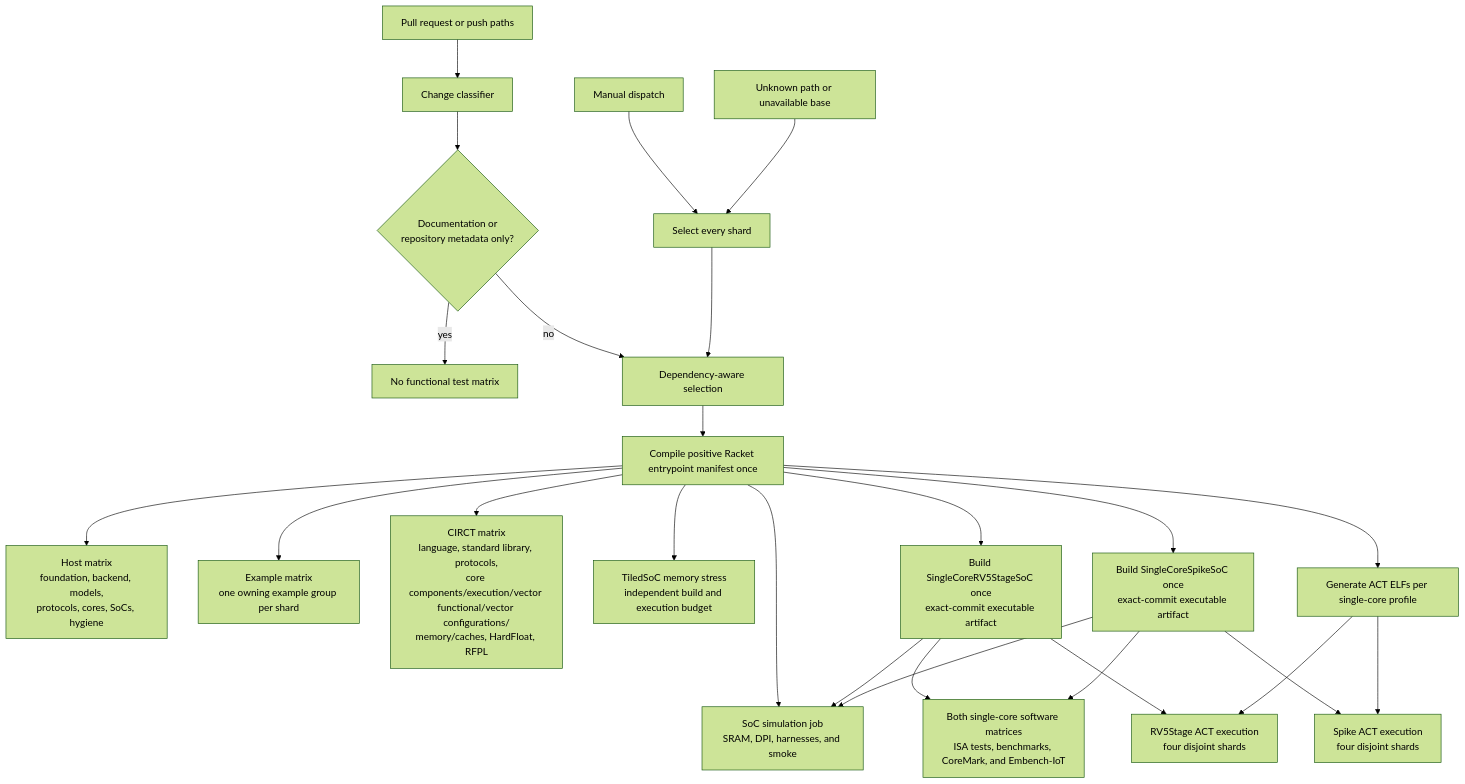
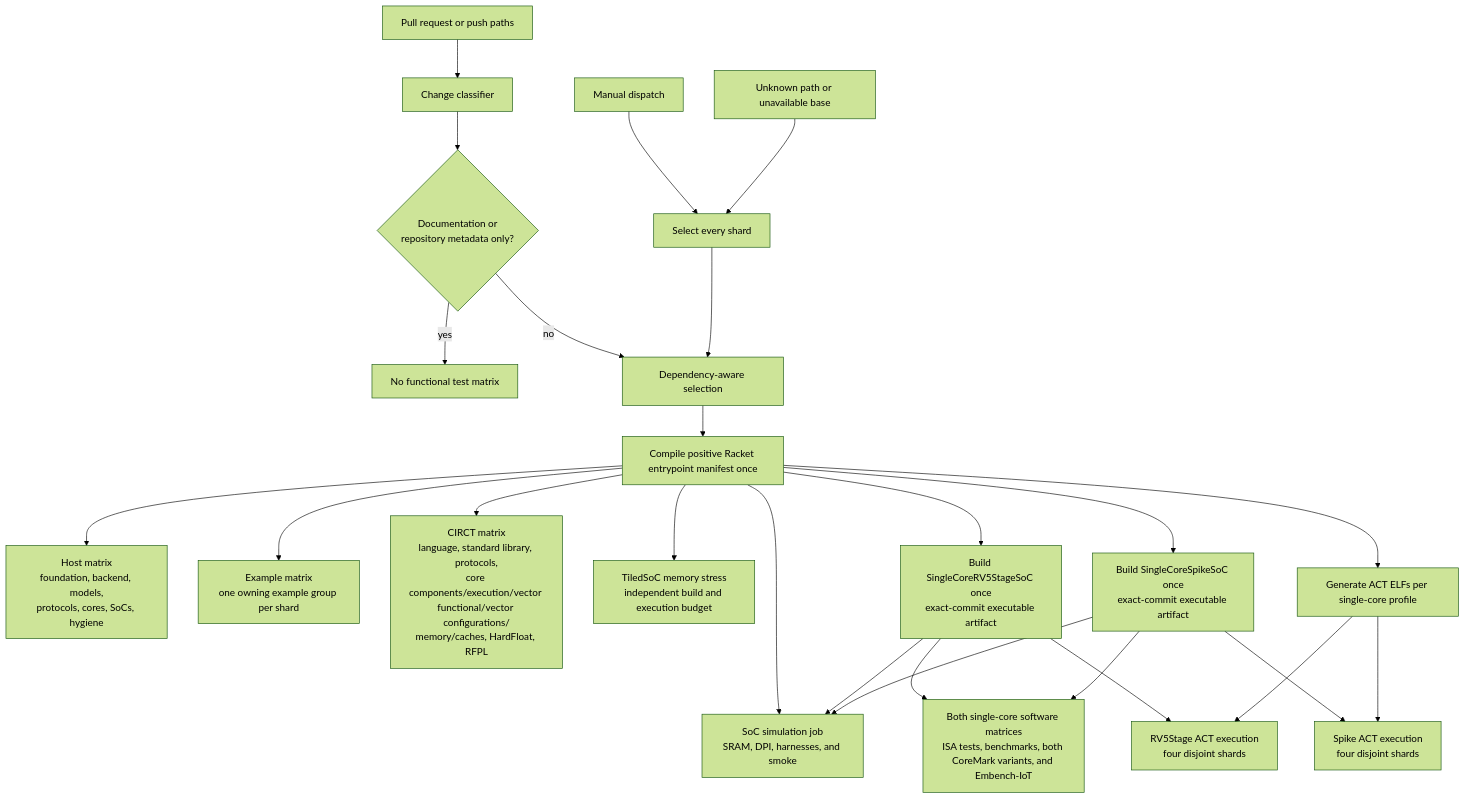
One commit to jerryz123/rhodium changed the diagram in tools/testing/DEVELOPING.md. Above: the diagram before and after it, drawn with Mermaid (forest theme). The commit also changed other lines of this file and 8 other files, not shown here.

````diff
--- a/tools/testing/DEVELOPING.md
+++ b/tools/testing/DEVELOPING.md
@@ -87,27 +87,27 @@
 ```mermaid
 flowchart TD
     Changes["Pull request or push paths"] --> Classifier["Change classifier"]
     Manual["Manual dispatch"] --> All["Select every shard"]
     Unknown["Unknown path or unavailable base"] --> All
     Classifier --> Docs{"Documentation or<br/>repository metadata only?"}
     Docs -->|yes| None["No functional test matrix"]
     Docs -->|no| Selected["Dependency-aware selection"]
     All --> Selected
     Selected --> Compile["Compile positive Racket entrypoint manifest once"]
     Compile --> Host["Host matrix<br/>foundation, backend, models,<br/>protocols, cores, SoCs, hygiene"]
     Compile --> Examples["Example matrix<br/>one owning example group per shard"]
     Compile --> CIRCT["CIRCT matrix<br/>language, standard library, protocols,<br/>core components/execution/vector functional/vector configurations/<br/>memory/caches, HardFloat, RFPL"]
     Compile --> Simulation["SoC simulation job<br/>SRAM, DPI, harnesses, and smoke"]
     Compile --> TiledMemory["TiledSoC memory stress<br/>independent build and execution budget"]
     Compile --> SimpleBuild["Build SingleCoreRV5StageSoC once<br/>exact-commit executable artifact"]
     Compile --> SpikeBuild["Build SingleCoreSpikeSoC once<br/>exact-commit executable artifact"]
     SimpleBuild --> Simulation
     SpikeBuild --> Simulation
-    SimpleBuild --> Programs["Both single-core software matrices<br/>ISA tests, benchmarks, CoreMark, and Embench-IoT"]
+    SimpleBuild --> Programs["Both single-core software matrices<br/>ISA tests, benchmarks, both CoreMark variants, and Embench-IoT"]
     SpikeBuild --> Programs
     Compile --> ActBuild["Generate ACT ELFs per single-core profile"]
     SimpleBuild --> ActRun["RV5Stage ACT execution<br/>four disjoint shards"]
     SpikeBuild --> SpikeActRun["Spike ACT execution<br/>four disjoint shards"]
     ActBuild --> ActRun
     ActBuild --> SpikeActRun
 ```
````
